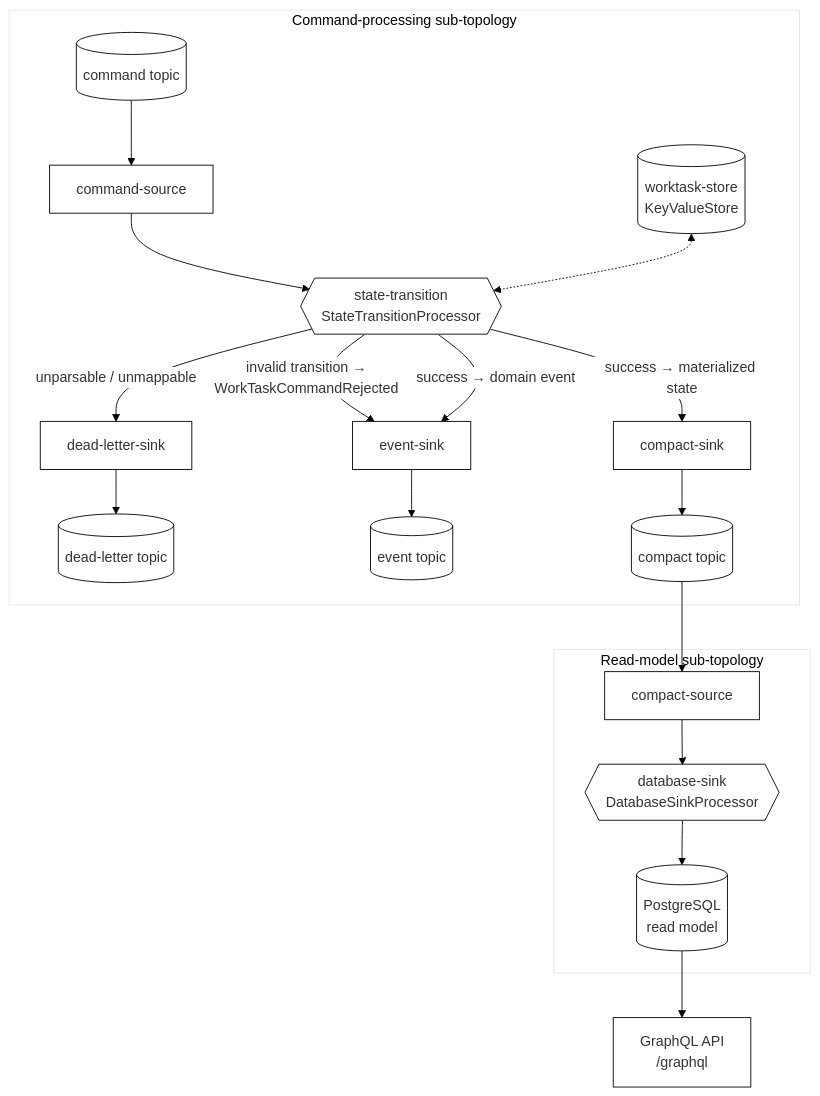
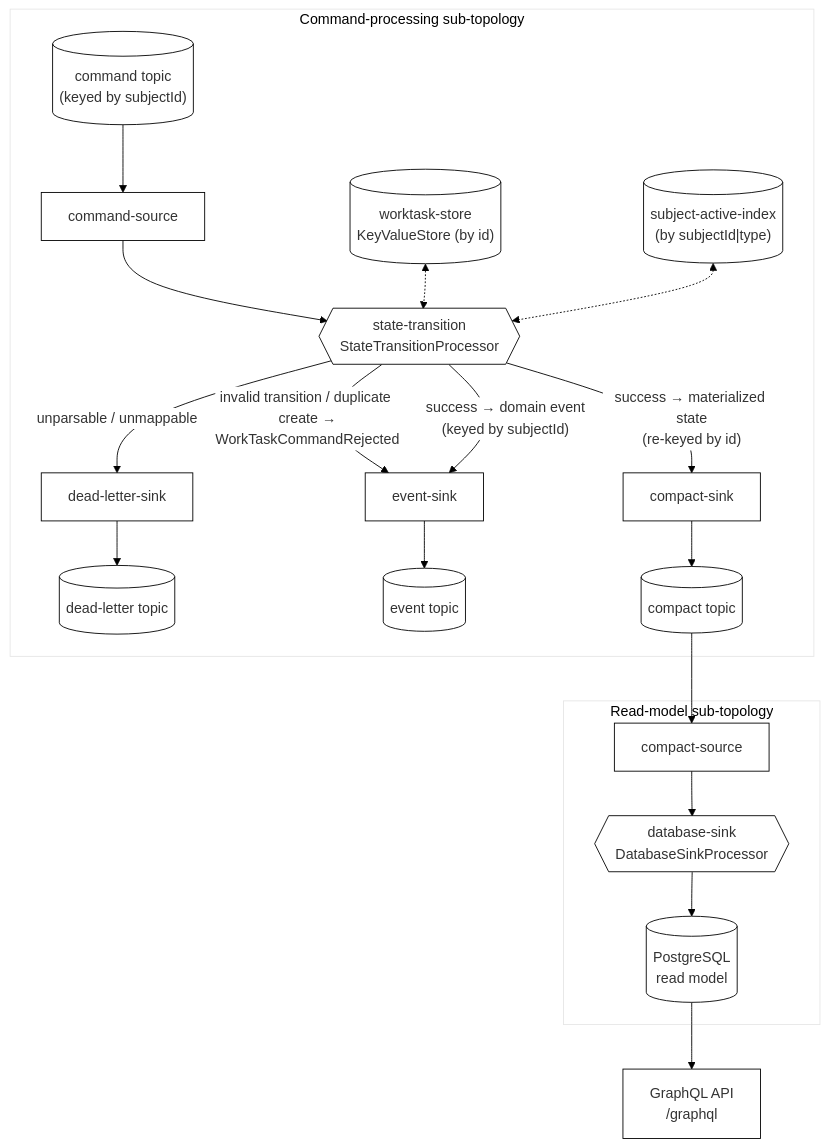
One commit to LMJohansson/worktask-service changed the diagram in README.md. Above: the diagram before and after it, drawn with Mermaid. The commit also changed other lines of this file and 72 other files, not shown here.

````diff
--- a/README.md
+++ b/README.md
@@ -84,36 +84,37 @@
 ```mermaid
 %%{
   init: {
     'theme': 'base',
     'themeVariables': {
       'fontFamily': 'Comic Sans MS, Comic Sans, cursive',
       'background': '#ffffff',
       'primaryColor': '#ffffff',
       'primaryBorderColor': '#000000',
       'lineColor': '#000000',
       'tertiaryColor': '#ffffff'
     }
   }
 }%%
 flowchart TD
     subgraph cmd["Command-processing sub-topology"]
-        cmdTopic[("command topic")] --> cmdSource["command-source"]
+        cmdTopic[("command topic<br/>(keyed by subjectId)")] --> cmdSource["command-source"]
         cmdSource --> stp{{"state-transition<br/>StateTransitionProcessor"}}
-        store[("worktask-store<br/>KeyValueStore")] <-.-> stp
+        store[("worktask-store<br/>KeyValueStore (by id)")] <-.-> stp
+        index[("subject-active-index<br/>(by subjectId|type)")] <-.-> stp
         stp -- "unparsable / unmappable" --> dltSink["dead-letter-sink"]
-        stp -- "invalid transition →<br/>WorkTaskCommandRejected" --> eventSink["event-sink"]
-        stp -- "success → domain event" --> eventSink
-        stp -- "success → materialized state" --> compactSink["compact-sink"]
+        stp -- "invalid transition / duplicate create →<br/>WorkTaskCommandRejected" --> eventSink["event-sink"]
+        stp -- "success → domain event<br/>(keyed by subjectId)" --> eventSink
+        stp -- "success → materialized state<br/>(re-keyed by id)" --> compactSink["compact-sink"]
         dltSink --> dltTopic[("dead-letter topic")]
         eventSink --> eventTopic[("event topic")]
         compactSink --> compactTopic[("compact topic")]
     end
 
     subgraph read["Read-model sub-topology"]
         compactTopic --> compactSource["compact-source"]
         compactSource --> dbSink{{"database-sink<br/>DatabaseSinkProcessor"}}
         dbSink --> pg[("PostgreSQL<br/>read model")]
     end
 
     pg --> gql["GraphQL API<br/>/graphql"]
 ```
````
